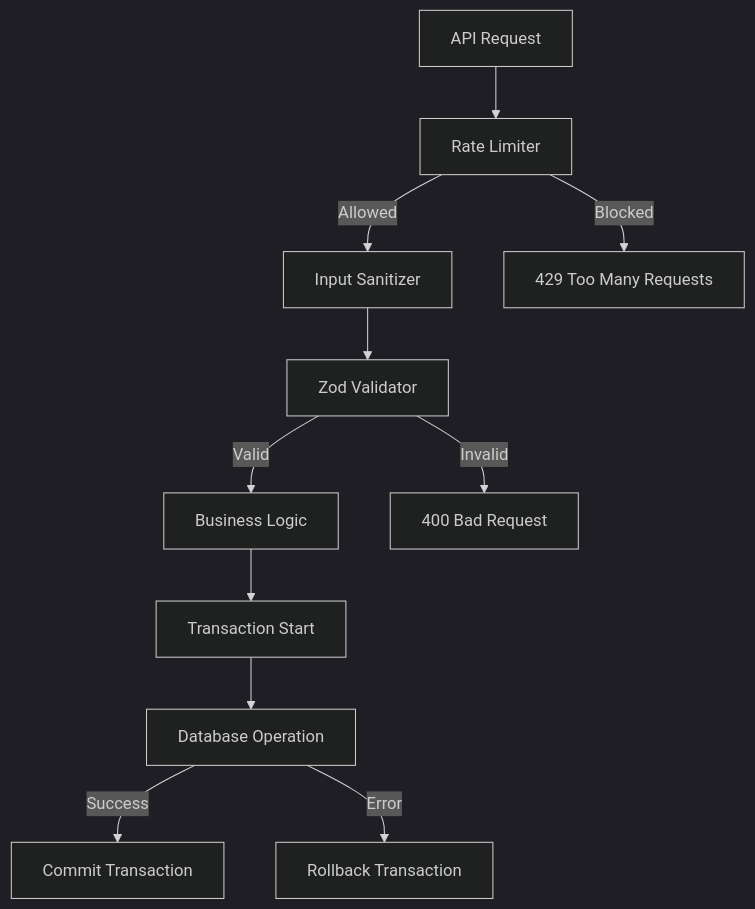
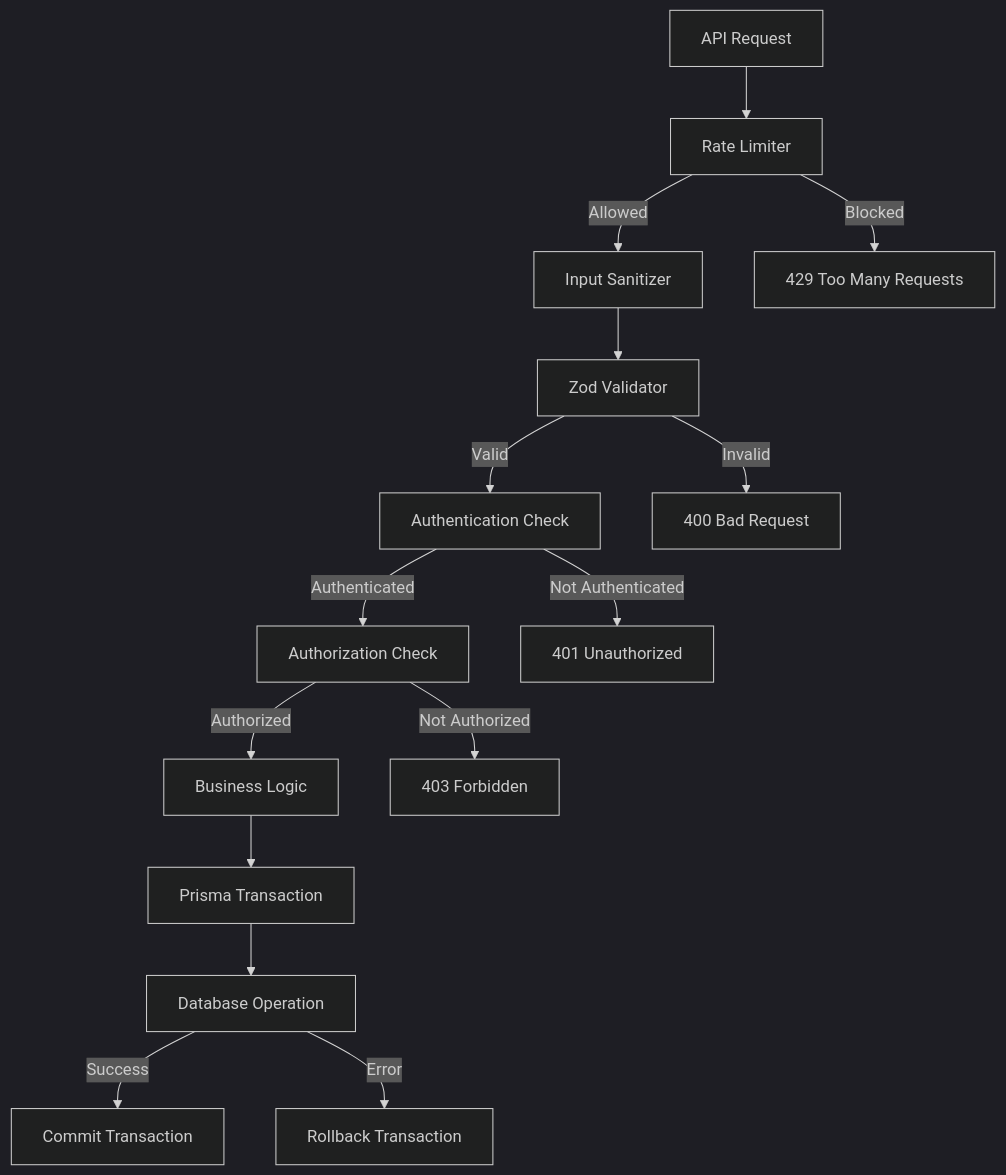
One commit to UziB26/leagueladder changed the third of 17 diagrams in doc/architecture.md. Above: the diagram before and after it, drawn with Mermaid (dark theme). The commit also changed other lines of this file and 7 other files, not shown here.

````diff
--- a/doc/architecture.md
+++ b/doc/architecture.md
@@ -133,13 +155,17 @@
 ```mermaid
 graph TB
     A[API Request] --> B[Rate Limiter]
     B -->|Allowed| C[Input Sanitizer]
     B -->|Blocked| D[429 Too Many Requests]
     C --> E[Zod Validator]
-    E -->|Valid| F[Business Logic]
+    E -->|Valid| F[Authentication Check]
     E -->|Invalid| G[400 Bad Request]
-    F --> H[Transaction Start]
-    H --> I[Database Operation]
-    I -->|Success| J[Commit Transaction]
-    I -->|Error| K[Rollback Transaction]
+    F -->|Authenticated| H[Authorization Check]
+    F -->|Not Authenticated| I[401 Unauthorized]
+    H -->|Authorized| J[Business Logic]
+    H -->|Not Authorized| K[403 Forbidden]
+    J --> L[Prisma Transaction]
+    L --> M[Database Operation]
+    M -->|Success| N[Commit Transaction]
+    M -->|Error| O[Rollback Transaction]
 ```
````
